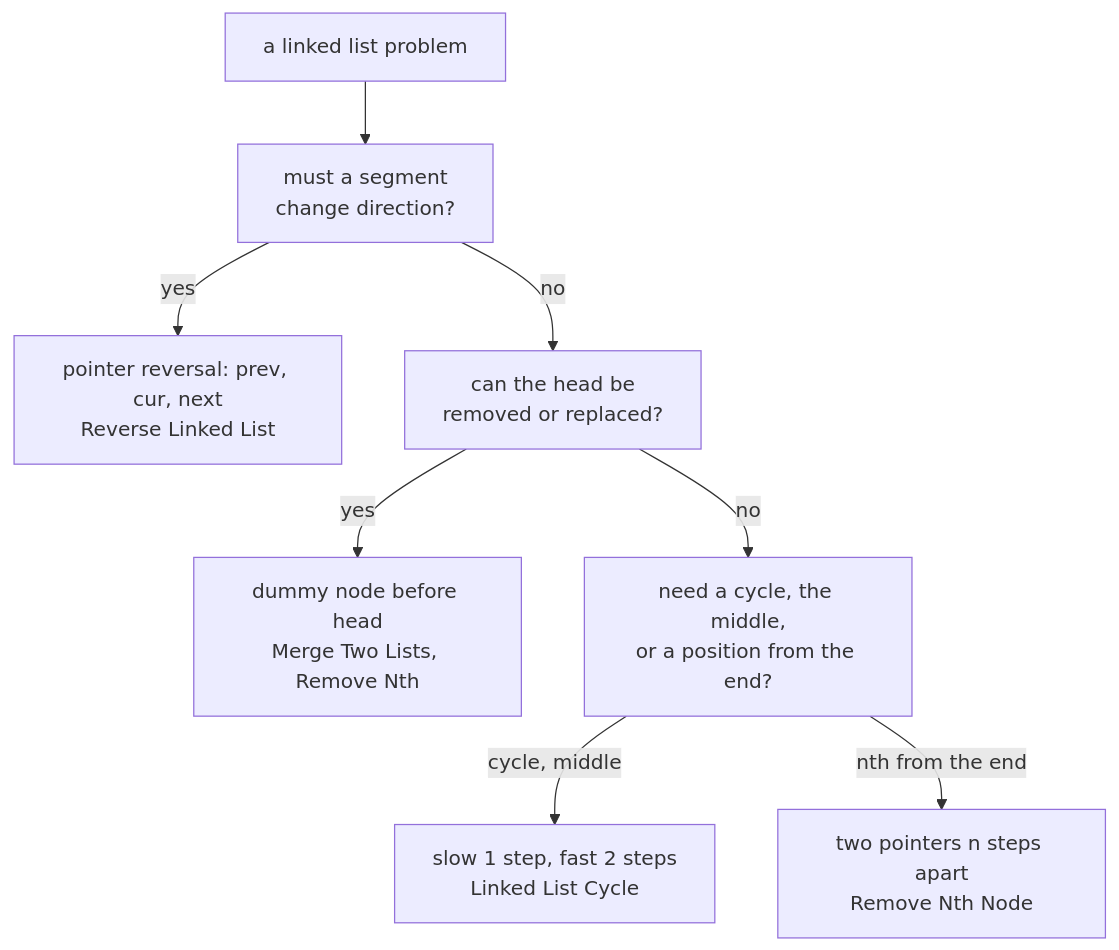
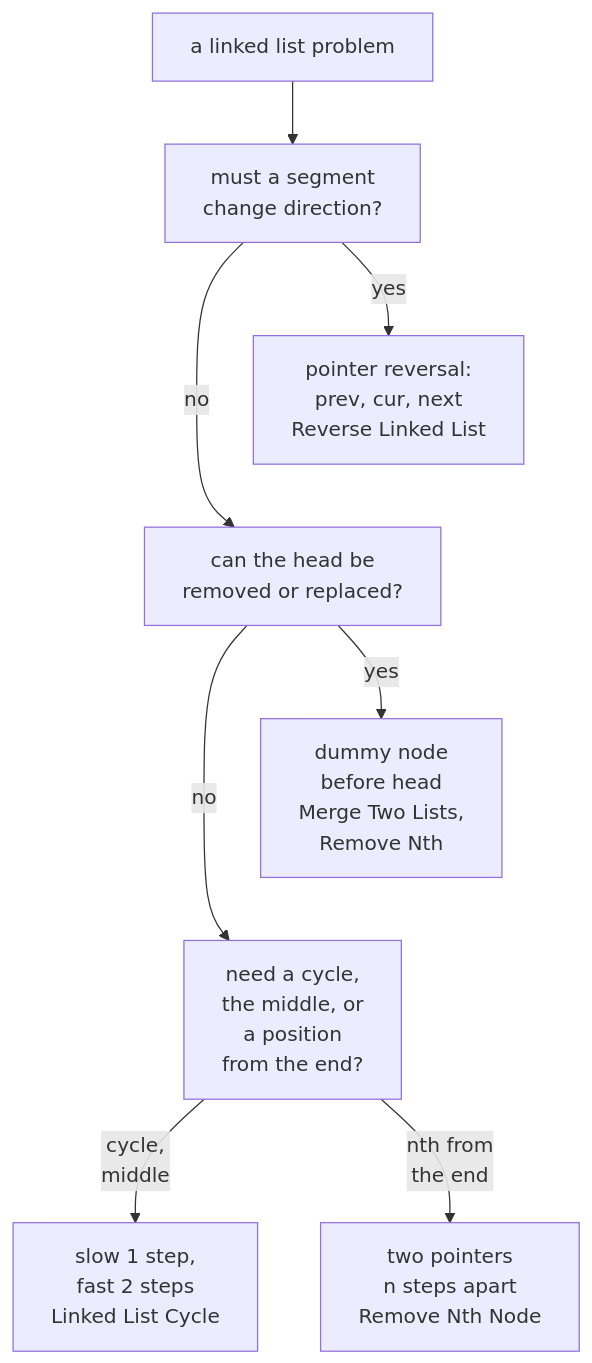
One commit to duongbui234/software-engineering-atlas changed the diagram in content/en/posts/2026-11-24-neetcode-linked-list.md. Above: the diagram before and after it, drawn with Mermaid. The commit also changed 134 other files, not shown here.

First line of the commit message:
Fit every Mermaid diagram at 390px without sideways scroll (#56)

````diff
--- a/content/en/posts/2026-11-24-neetcode-linked-list.md
+++ b/content/en/posts/2026-11-24-neetcode-linked-list.md
@@ -54,10 +54,12 @@
 ```mermaid
 flowchart TB
   A["a linked list problem"] --> B["must a segment<br/>change direction?"]
-  B -->|"yes"| C["pointer reversal: prev, cur, next<br/>Reverse Linked List"]
+  B -->|"yes"| C["pointer reversal:<br/>prev, cur, next<br/>Reverse Linked List"]
   B -->|"no"| D["can the head be<br/>removed or replaced?"]
-  D -->|"yes"| E["dummy node before head<br/>Merge Two Lists, Remove Nth"]
-  D -->|"no"| F["need a cycle, the middle,<br/>or a position from the end?"]
-  F -->|"cycle, middle"| G["slow 1 step, fast 2 steps<br/>Linked List Cycle"]
-  F -->|"nth from the end"| H["two pointers n steps apart<br/>Remove Nth Node"]
+  D -->|"yes"| E["dummy node<br/>before head<br/>Merge Two Lists,<br/>Remove Nth"]
+  D -->|"no"| F["need a cycle,<br/>the middle, or<br/>a position<br/>from the end?"]
+  F -->|"cycle,<br/>middle"| G["slow 1 step,<br/>fast 2 steps<br/>Linked List Cycle"]
+  F -->|"nth from<br/>the end"| H["two pointers<br/>n steps apart<br/>Remove Nth Node"]
+  C ~~~ D
+  E ~~~ F
 ```
````
